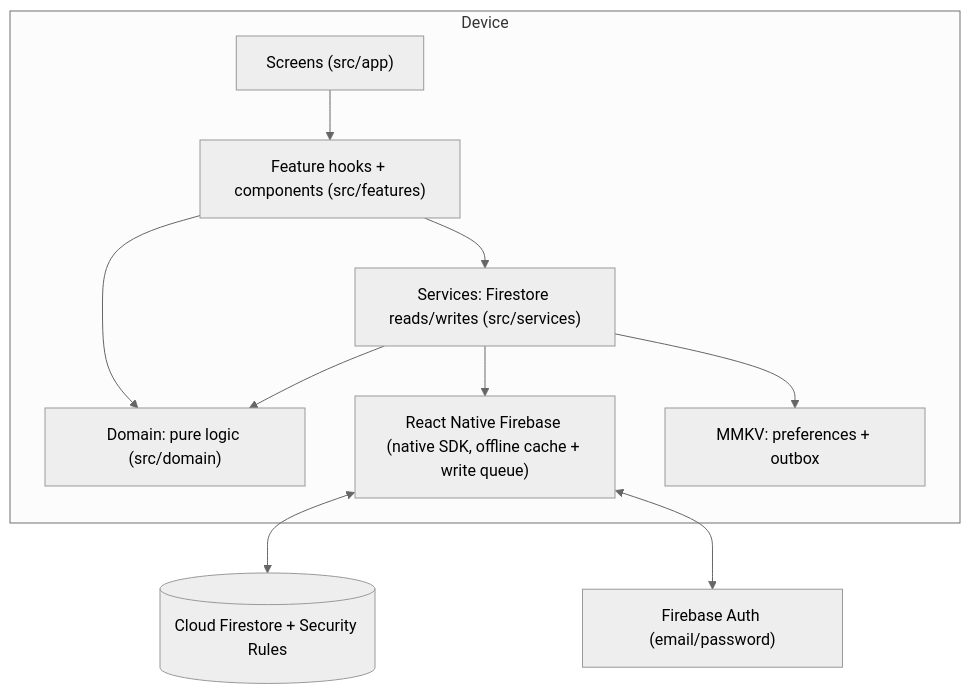
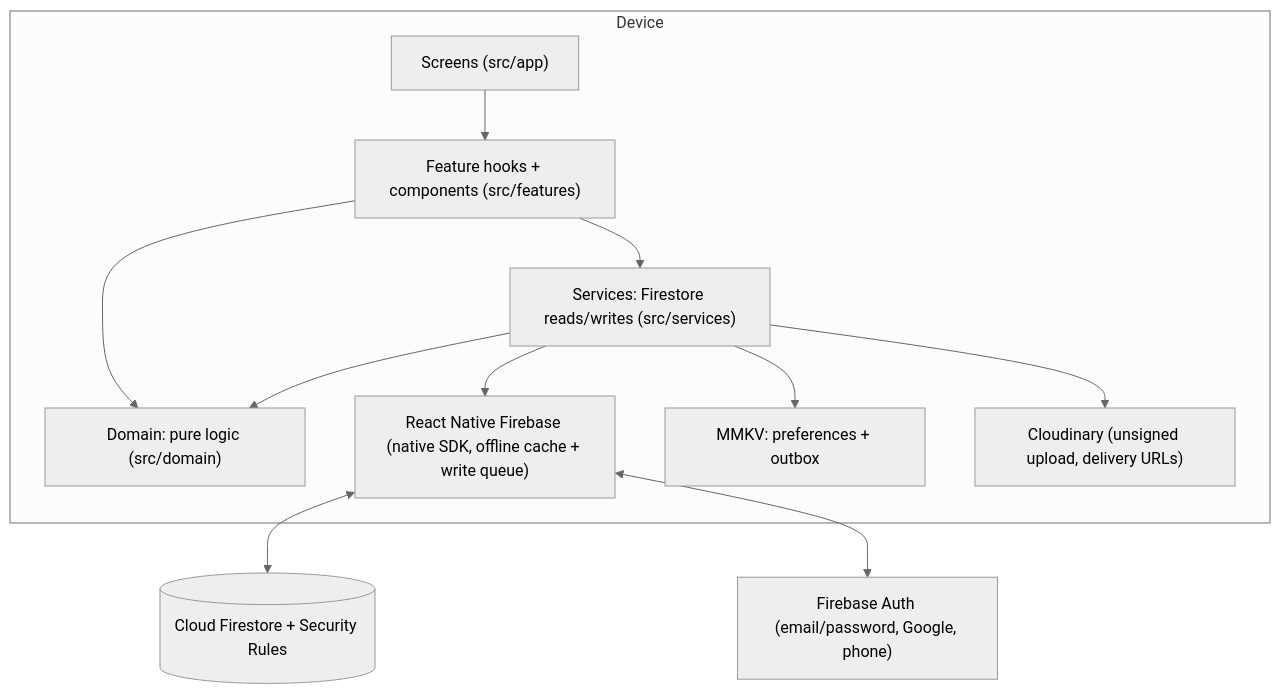
One commit to salihcodev/bmh changed the diagram in docs/architecture.md. Above: the diagram before and after it, drawn with Mermaid (neutral theme). The commit also changed other lines of this file and 6 other files, not shown here.

Commit message:
R9: docs (schema, architecture, security, decisions, design system), honest test report, live rules re-deployed and verified

````diff
--- a/docs/architecture.md
+++ b/docs/architecture.md
@@ -9,13 +9,14 @@
 ```mermaid
 flowchart TB
   subgraph Device
     UI["Screens (src/app)"] --> Features["Feature hooks + components (src/features)"]
     Features --> Services["Services: Firestore reads/writes (src/services)"]
     Features --> Domain["Domain: pure logic (src/domain)"]
     Services --> Domain
     Services --> RNFB["React Native Firebase (native SDK, offline cache + write queue)"]
     Services --> MMKV["MMKV: preferences + outbox"]
+    Services --> Cloudinary["Cloudinary (unsigned upload, delivery URLs)"]
   end
   RNFB <--> Firestore[("Cloud Firestore + Security Rules")]
-  RNFB <--> Auth["Firebase Auth (email/password)"]
+  RNFB <--> Auth["Firebase Auth (email/password, Google, phone)"]
 ```
````
